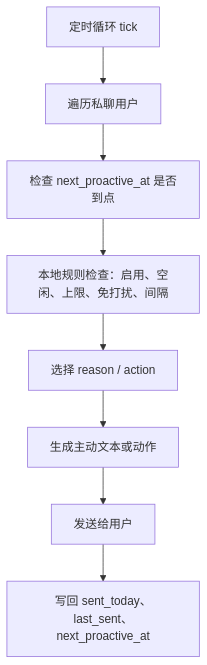
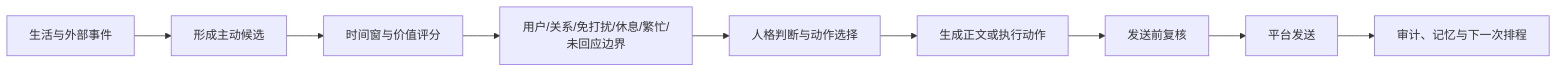
Before and after one commit to Eco404/astrbot_plugin_private_companion: the diagram in README.md, drawn with Mermaid. The commit also changed other lines of this file and 19 other files, not shown here.

````diff
--- a/README.md
+++ b/README.md
@@ -611,10 +178,11 @@
-```mermaid
-flowchart TD
-  A["定时循环 tick"] --> B["遍历私聊用户"]
-  B --> C["检查 next_proactive_at 是否到点"]
-  C --> D["本地规则检查：启用、空闲、上限、免打扰、间隔"]
-  D --> E["选择 reason / action"]
-  E --> F["生成主动文本或动作"]
-  F --> G["发送给用户"]
-  G --> H["写回 sent_today、last_sent、next_proactive_at"]
-```
+~~~mermaid
+flowchart LR
+  A[生活与外部事件] --> B[形成主动候选]
+  B --> C[时间窗与价值评分]
+  C --> D[用户/关系/免打扰/休息/繁忙/未回应边界]
+  D --> E[人格判断与动作选择]
+  E --> F[生成正文或执行动作]
+  F --> G[发送前复核]
+  G --> H[平台发送]
+  H --> I[审计、记忆与下一次排程]
+~~~
````
